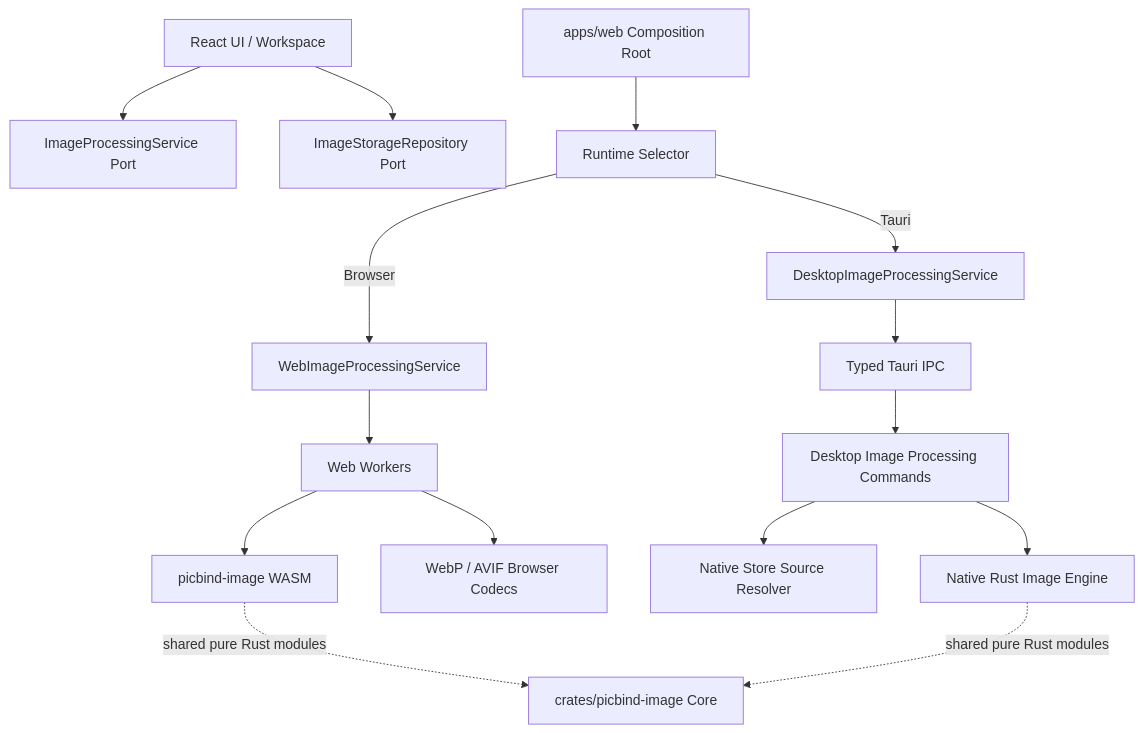
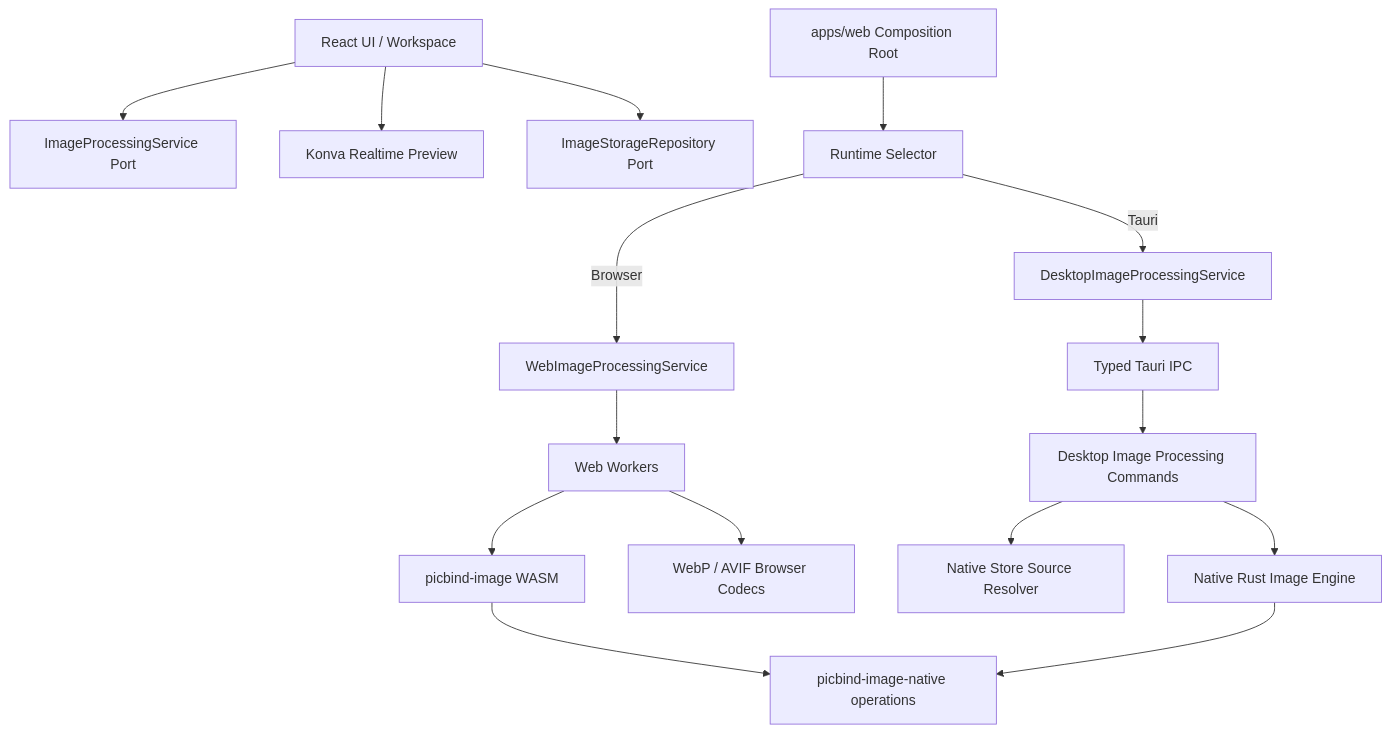
Before and after one commit to molast/picbind: the diagram in docs/architecture/desktop/PICBIND_IMAGE_PROCESSING_API_V1.md, drawn with Mermaid. The commit also changed other lines of this file and 30 other files, not shown here.

Commit message:
optimize: 优化图片实时处理

````diff
--- a/docs/architecture/desktop/PICBIND_IMAGE_PROCESSING_API_V1.md
+++ b/docs/architecture/desktop/PICBIND_IMAGE_PROCESSING_API_V1.md
@@ -104,17 +107,18 @@
 ```mermaid
 flowchart TD
     UI["React UI / Workspace"] --> Port["ImageProcessingService Port"]
+    UI --> Konva["Konva Realtime Preview"]
     UI --> StoragePort["ImageStorageRepository Port"]
     App["apps/web Composition Root"] --> Selector["Runtime Selector"]
     Selector -- Browser --> WebAdapter["WebImageProcessingService"]
     Selector -- Tauri --> DesktopAdapter["DesktopImageProcessingService"]
     WebAdapter --> Workers["Web Workers"]
     Workers --> Wasm["picbind-image WASM"]
     Workers --> BrowserCodecs["WebP / AVIF Browser Codecs"]
     DesktopAdapter --> IPC["Typed Tauri IPC"]
     IPC --> NativeAdapter["Desktop Image Processing Commands"]
     NativeAdapter --> NativeStore["Native Store Source Resolver"]
     NativeAdapter --> NativeCore["Native Rust Image Engine"]
-    Wasm -. shared pure Rust modules .-> RustCore["crates/picbind-image Core"]
-    NativeCore -. shared pure Rust modules .-> RustCore
+    Wasm --> SharedOperations["picbind-image-native operations"]
+    NativeCore --> SharedOperations
 ```
````
